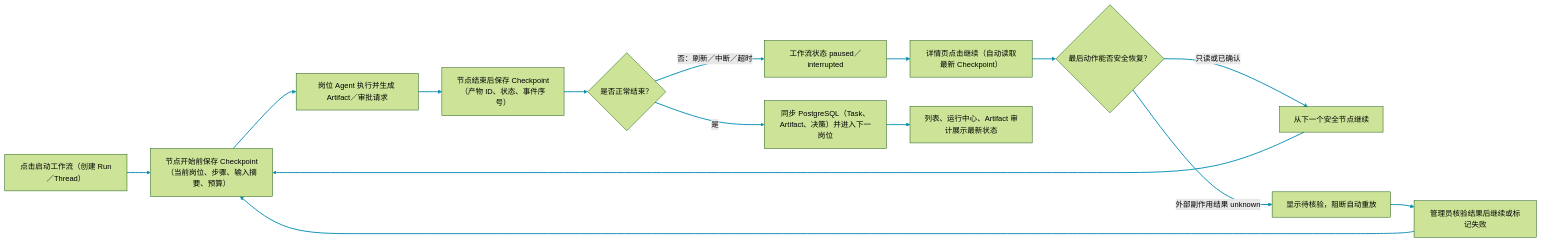
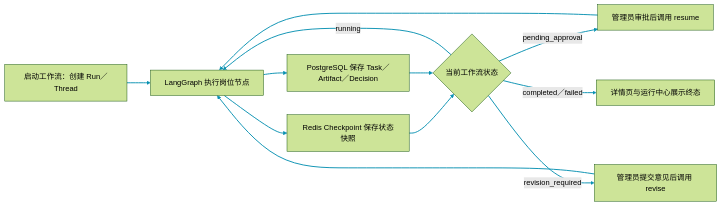
One commit to monstereatai/RAG changed the tenth of 29 diagrams in docs/interview/功能步骤流程.md. Above: the diagram before and after it, drawn with Mermaid (forest theme). The commit also changed other lines of this file and 37 other files, not shown here.

````diff
--- a/docs/interview/功能步骤流程.md
+++ b/docs/interview/功能步骤流程.md
@@ -390,18 +459,15 @@
 ```mermaid
 flowchart LR
-  A[点击启动工作流（创建 Run／Thread）] --> B[节点开始前保存 Checkpoint（当前岗位、步骤、输入摘要、预算）]
-  B --> C[岗位 Agent 执行并生成 Artifact／审批请求]
-  C --> D[节点结束后保存 Checkpoint（产物 ID、状态、事件序号）]
-  D --> E{是否正常结束？}
-  E -->|是| F[同步 PostgreSQL（Task、Artifact、决策）并进入下一岗位]
-  E -->|否：刷新／中断／超时| G[工作流状态 paused／interrupted]
-  G --> H[详情页点击继续（自动读取最新 Checkpoint）]
-  H --> I{最后动作能否安全恢复？}
-  I -->|只读或已确认| J[从下一个安全节点继续]
-  I -->|外部副作用结果 unknown| K[显示待核验，阻断自动重放]
-  K --> L[管理员核验结果后继续或标记失败]
-  J --> B
-  L --> B
-  F --> M[列表、运行中心、Artifact 审计展示最新状态]
-  linkStyle 0,1,2,3,4,5,6,7,8,9,10,11,12,13 stroke:#0891b2,stroke-width:2px
+  A[启动工作流：创建 Run／Thread] --> B[LangGraph 执行岗位节点]
+  B --> C[Redis Checkpoint 保存状态快照]
+  B --> D[PostgreSQL 保存 Task／Artifact／Decision]
+  C --> E{当前工作流状态}
+  D --> E
+  E -->|running| B
+  E -->|pending_approval| F[管理员审批后调用 resume]
+  E -->|revision_required| G[管理员提交意见后调用 revise]
+  F --> B
+  G --> B
+  E -->|completed／failed| H[详情页与运行中心展示终态]
+  linkStyle 0,1,2,3,4,5,6,7,8,9,10 stroke:#0891b2,stroke-width:2px
 ```
````
